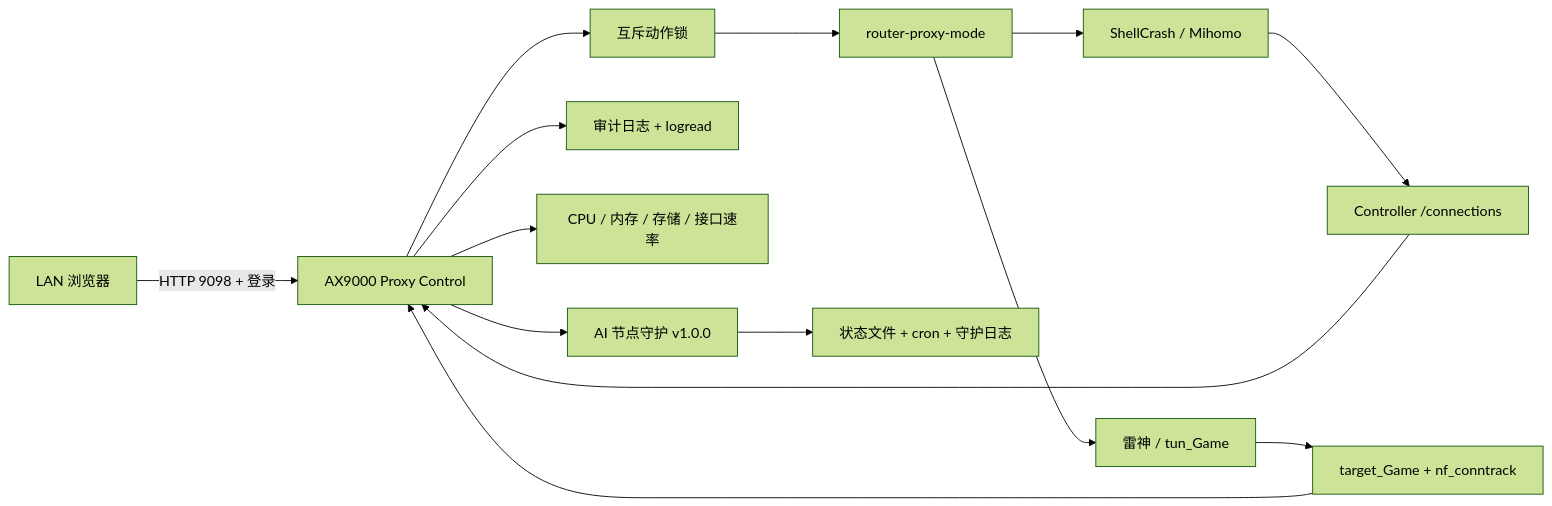
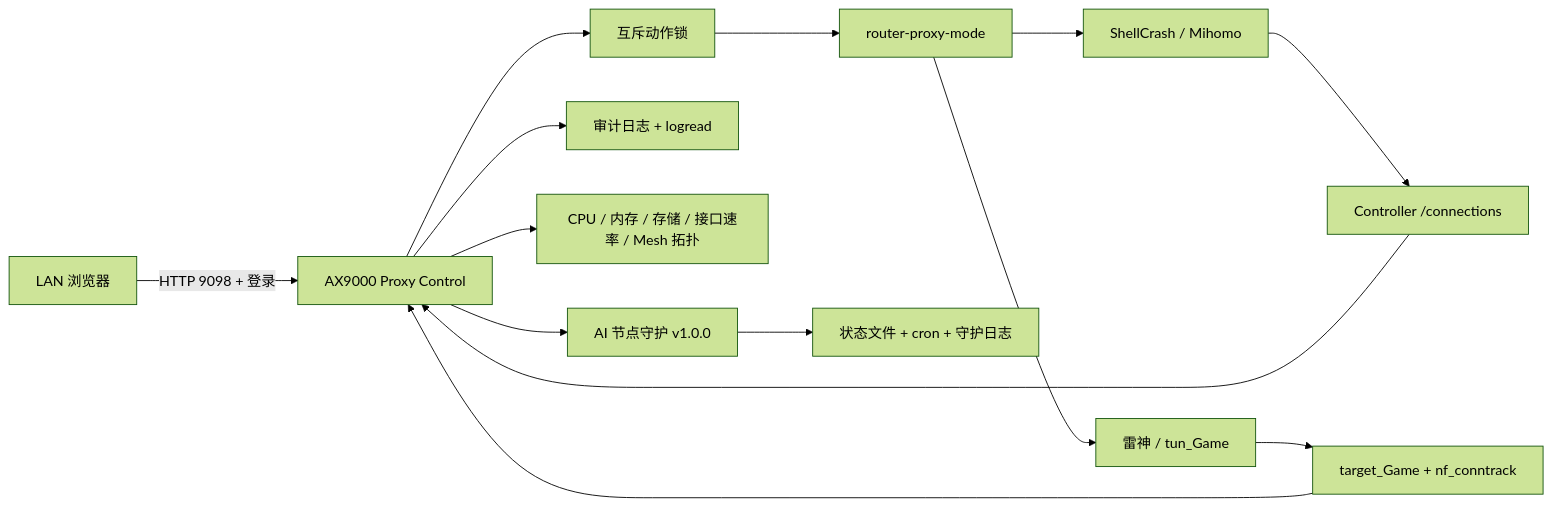
One commit to codenomad-collab/ax9000-proxy-control changed the diagram in README.md. Above: the diagram before and after it, drawn with Mermaid (forest theme). The commit also changed other lines of this file and 6 other files, not shown here.

````diff
--- a/README.md
+++ b/README.md
@@ -42,16 +43,16 @@
 ```mermaid
 flowchart LR
     Browser["LAN 浏览器"] -->|"HTTP 9098 + 登录"| Control["AX9000 Proxy Control"]
     Control --> Lock["互斥动作锁"]
     Lock --> Mode["router-proxy-mode"]
     Mode --> Shell["ShellCrash / Mihomo"]
     Mode --> LeiGod["雷神 / tun_Game"]
     Shell --> MihomoAPI["Controller /connections"]
     LeiGod --> Kernel["target_Game + nf_conntrack"]
     MihomoAPI --> Control
     Kernel --> Control
     Control --> Logs["审计日志 + logread"]
-    Control --> Metrics["CPU / 内存 / 存储 / 接口速率"]
+    Control --> Metrics["CPU / 内存 / 存储 / 接口速率 / Mesh 拓扑"]
     Control --> Guard["AI 节点守护 v1.0.0"]
     Guard --> GuardState["状态文件 + cron + 守护日志"]
 ```
````
